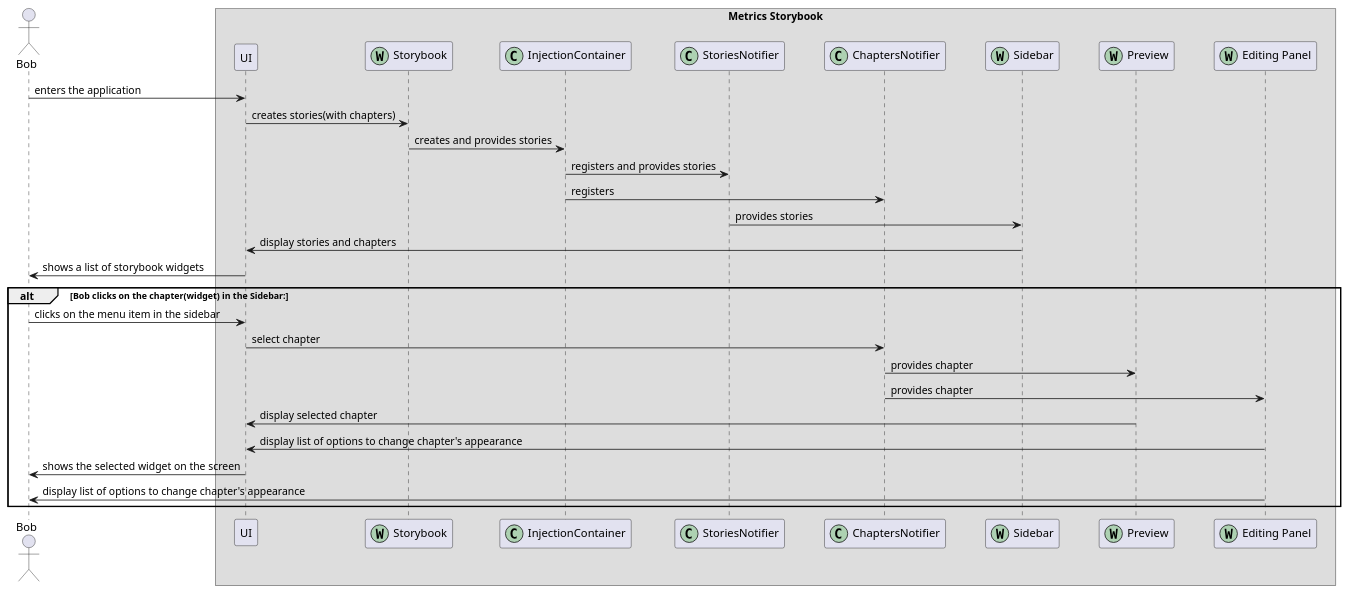
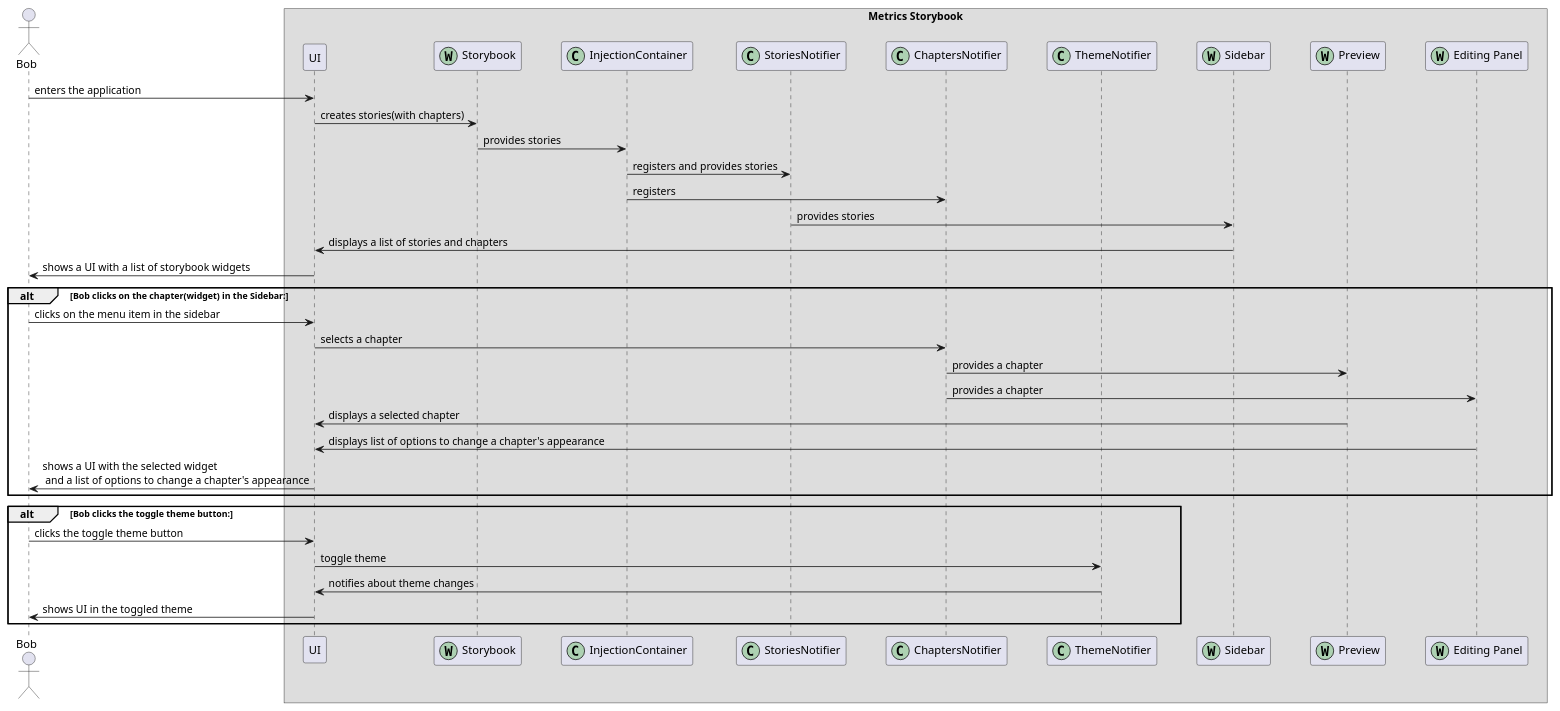
One commit to Flank/flank-dashboard changed the diagram in metrics/web/docs/features/storybook/diagrams/metrics_storybook_sequence_diagram.puml. Above: the diagram before and after it, drawn with PlantUML. The commit also changed 3 other files, not shown here.

```diff
--- a/metrics/web/docs/features/storybook/diagrams/metrics_storybook_sequence_diagram.puml
+++ b/metrics/web/docs/features/storybook/diagrams/metrics_storybook_sequence_diagram.puml
@@ -1,38 +1,45 @@
 @startuml metrics_storybook_sequence_diagram
 
     skinparam ParticipantPadding 20
     skinparam BoxPadding 10
     
     actor Bob
 
     box "Metrics Storybook"
         participant UI
         participant Storybook << (W,#ADD1B2) >>
         participant InjectionContainer << (C,#ADD1B2) >>
         participant StoriesNotifier << (C,#ADD1B2) >>
         participant ChaptersNotifier << (C,#ADD1B2) >>
+        participant ThemeNotifier << (C,#ADD1B2) >>
         participant Sidebar << (W,#ADD1B2) >>
         participant Preview << (W,#ADD1B2) >>
         participant "Editing Panel" as EP << (W,#ADD1B2) >>
     end box
 
     Bob -> UI : enters the application
     UI -> Storybook : creates stories(with chapters)
-    Storybook -> InjectionContainer : creates and provides stories
+    Storybook -> InjectionContainer : provides stories
     InjectionContainer -> StoriesNotifier : registers and provides stories
     InjectionContainer -> ChaptersNotifier : registers
     StoriesNotifier -> Sidebar : provides stories
-    Sidebar -> UI : display stories and chapters
-    UI -> Bob : shows a list of storybook widgets
+    Sidebar -> UI : displays a list of stories and chapters
+    UI -> Bob : shows a UI with a list of storybook widgets
 
     alt Bob clicks on the chapter(widget) in the Sidebar:
         Bob -> UI : clicks on the menu item in the sidebar
-        UI -> ChaptersNotifier : select chapter
-        ChaptersNotifier -> Preview : provides chapter
-        ChaptersNotifier -> EP : provides chapter
-        Preview -> UI : display selected chapter
-        EP -> UI : display list of options to change chapter's appearance
-        UI -> Bob : shows the selected widget on the screen
-        EP -> Bob : display list of options to change chapter's appearance
+        UI -> ChaptersNotifier : selects a chapter
+        ChaptersNotifier -> Preview : provides a chapter
+        ChaptersNotifier -> EP : provides a chapter
+        Preview -> UI : displays a selected chapter
+        EP -> UI : displays list of options to change a chapter's appearance
+        UI -> Bob : shows a UI with the selected widget\n and a list of options to change a chapter's appearance
+    end
+
+    alt Bob clicks the toggle theme button:
+        Bob -> UI : clicks the toggle theme button
+        UI -> ThemeNotifier : toggle theme
+        ThemeNotifier -> UI : notifies about theme changes
+        UI -> Bob : shows UI in the toggled theme
     end
 @enduml
```
